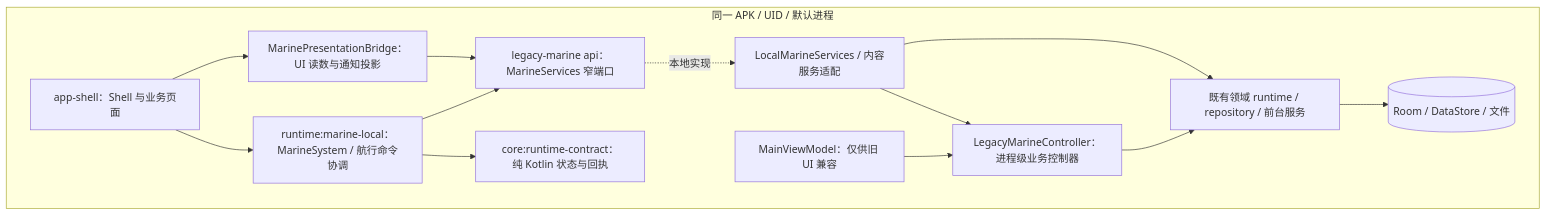
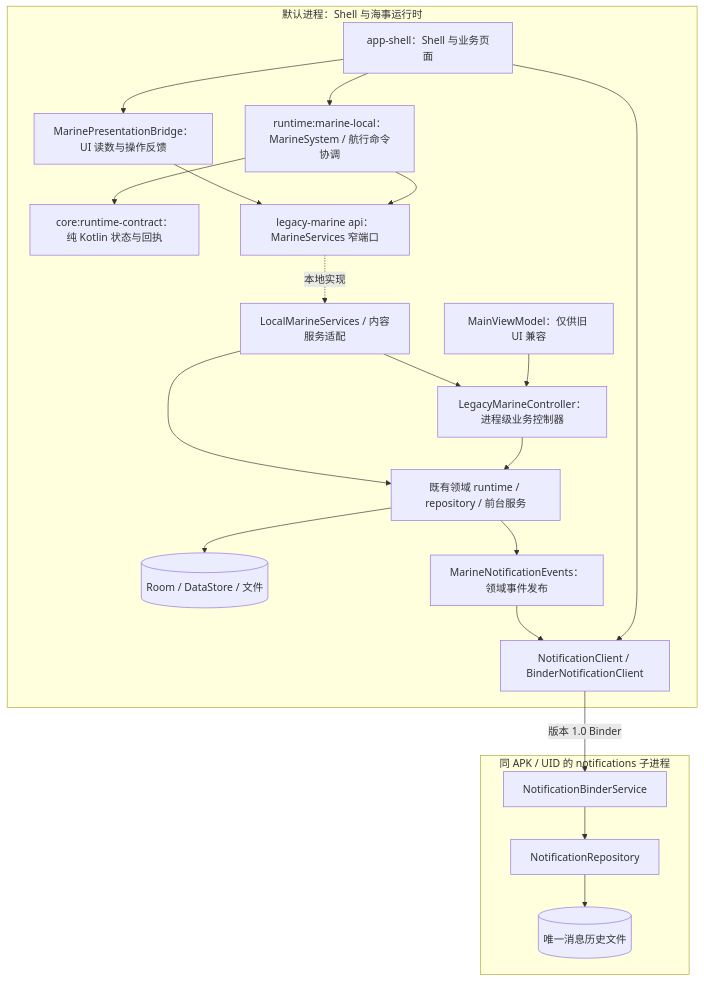
Before and after one commit to ohkuku/yokuli_marine_shell: the diagram in docs/os/10-INPROCESS-SYSTEM-BOUNDARIES.md, drawn with Mermaid. The commit also changed other lines of this file and 114 other files, not shown here.

Commit message:
Ship W10M shell, runtime notifications and focused AIS workspace

````diff
--- a/docs/os/10-INPROCESS-SYSTEM-BOUNDARIES.md
+++ b/docs/os/10-INPROCESS-SYSTEM-BOUNDARIES.md
@@ -9,25 +9,33 @@
 ```mermaid
 flowchart TB
-    subgraph ONE[同一 APK / UID / 默认进程]
+    subgraph ONE[默认进程：Shell 与海事运行时]
         APP[app-shell：Shell 与业务页面]
-        BRIDGE[MarinePresentationBridge：UI 读数与通知投影]
+        BRIDGE[MarinePresentationBridge：UI 读数与操作反馈]
         HOST[runtime:marine-local：MarineSystem / 航行命令协调]
         CORE[core:runtime-contract：纯 Kotlin 状态与回执]
         API[legacy-marine api：MarineServices 窄端口]
         LOCAL[LocalMarineServices / 内容服务适配]
         CONTROLLER[LegacyMarineController：进程级业务控制器]
         VM[MainViewModel：仅供旧 UI 兼容]
         DOMAIN[既有领域 runtime / repository / 前台服务]
         STORE[(Room / DataStore / 文件)]
         APP --> BRIDGE
         APP --> HOST
         BRIDGE --> API
         HOST --> CORE
         HOST --> API
         API -. 本地实现 .-> LOCAL
         LOCAL --> CONTROLLER
         LOCAL --> DOMAIN
         VM --> CONTROLLER
         CONTROLLER --> DOMAIN --> STORE
+        EVENTS[MarineNotificationEvents：领域事件发布] --> NCLIENT[NotificationClient / BinderNotificationClient]
+        APP --> NCLIENT
+        DOMAIN --> EVENTS
     end
+    subgraph NOTICES[同 APK / UID 的 notifications 子进程]
+        BINDER[NotificationBinderService] --> NREPO[NotificationRepository]
+        NREPO --> NFILE[(唯一消息历史文件)]
+    end
+    NCLIENT -->|版本 1.0 Binder| BINDER
 ```
````
